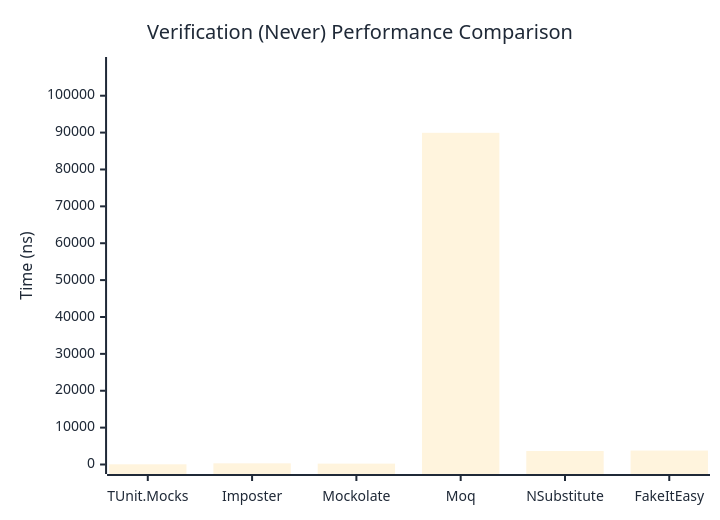
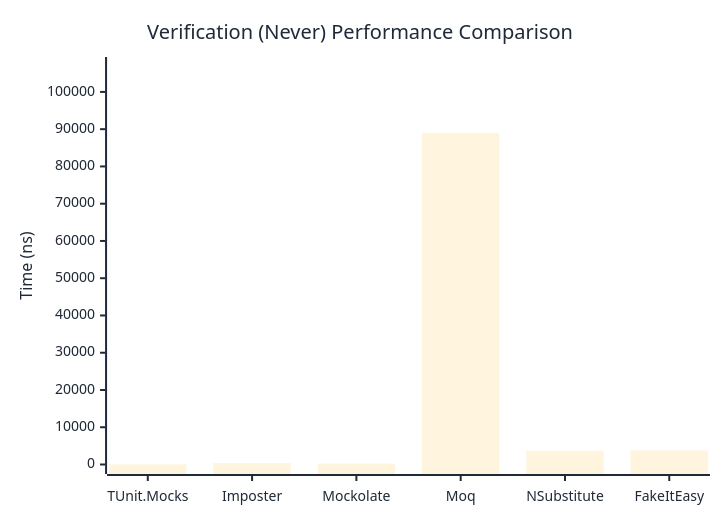
Before and after one commit to thomhurst/TUnit: the second of 3 diagrams in docs/docs/benchmarks/mocks/Verification.md, drawn with Mermaid. The commit also changed other lines of this file and 14 other files, not shown here.

````diff
--- a/docs/docs/benchmarks/mocks/Verification.md
+++ b/docs/docs/benchmarks/mocks/Verification.md
@@ -71,27 +71,27 @@
 ```mermaid
 %%{init: {
   'theme':'base',
   'themeVariables': {
     'primaryColor': '#2563eb',
     'primaryTextColor': '#1f2937',
     'primaryBorderColor': '#1e40af',
     'lineColor': '#6b7280',
     'secondaryColor': '#7c3aed',
     'tertiaryColor': '#dc2626',
     'background': '#ffffff',
     'pie1': '#2563eb',
     'pie2': '#7c3aed',
     'pie3': '#dc2626',
     'pie4': '#f59e0b',
     'pie5': '#10b981',
     'pie6': '#06b6d4',
     'pie7': '#ec4899',
     'pie8': '#6366f1'
   }
 }}%%
 xychart-beta
   title "Verification (Never) Performance Comparison"
   x-axis ["TUnit.Mocks", "Imposter", "Mockolate", "Moq", "NSubstitute", "FakeItEasy"]
-  y-axis "Time (ns)" 0 --> 107922
-  bar [54.82, 319.92, 243.04, 89934.97, 3657.29, 3783.16]
+  y-axis "Time (ns)" 0 --> 106823
+  bar [54.35, 335.76, 244.76, 89018.53, 3700.21, 3813.02]
 ```
````
